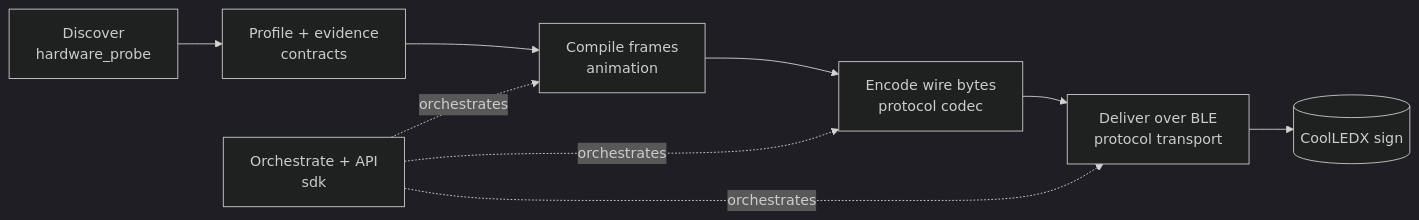
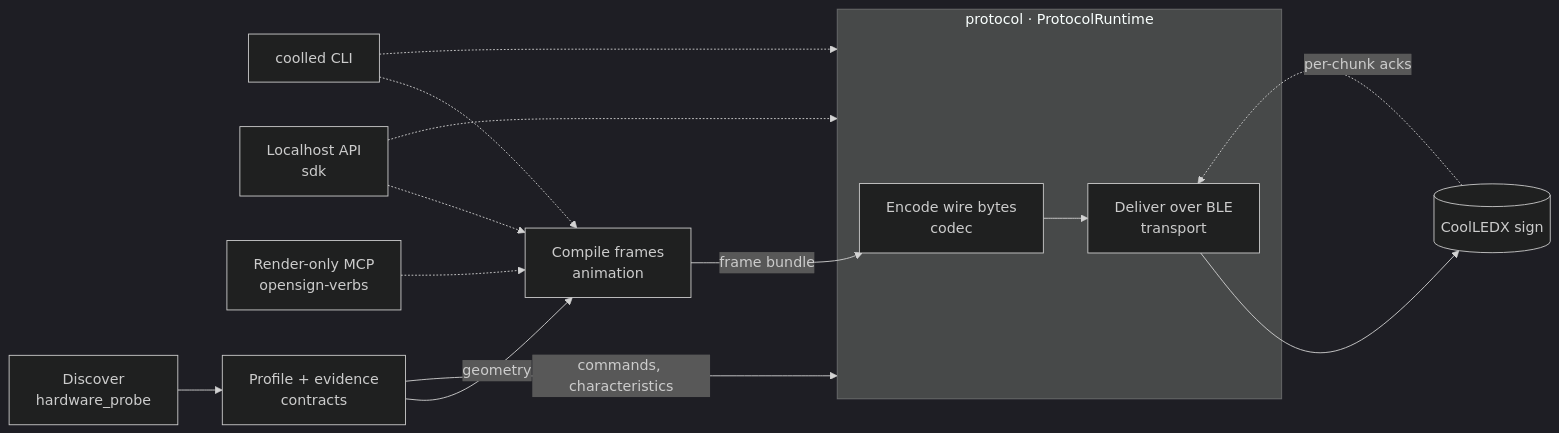
The diagram in README.md (schulzad/coolled-sign-controller), drawn with Mermaid (dark theme) before and after one commit. The commit also changed other lines of this file and 19 other files, not shown here.

````diff
--- a/README.md
+++ b/README.md
@@ -71,15 +97,27 @@
 ```mermaid
 flowchart LR
+  CLI["coolled CLI"]
+  SDK["Localhost API<br/>sdk"]
+  MCP["Render-only MCP<br/>opensign-verbs"]
   HP["Discover<br/>hardware_probe"]
   LG["Profile + evidence<br/>contracts"]
   AN["Compile frames<br/>animation"]
-  CO["Encode wire bytes<br/>protocol codec"]
-  TR["Deliver over BLE<br/>protocol transport"]
-  SDK["Orchestrate + API<br/>sdk"]
+  subgraph PR ["protocol · ProtocolRuntime"]
+    CO["Encode wire bytes<br/>codec"]
+    TR["Deliver over BLE<br/>transport"]
+    CO --> TR
+  end
   SIGN[("CoolLEDX sign")]
 
-  HP --> LG --> AN --> CO --> TR --> SIGN
-  SDK -.orchestrates.-> AN
-  SDK -.orchestrates.-> CO
-  SDK -.orchestrates.-> TR
+  HP --> LG
+  LG -->|geometry| AN
+  LG -->|"commands, characteristics"| PR
+  AN -->|frame bundle| CO
+  TR --> SIGN
+  SIGN -.->|per-chunk acks| TR
+  CLI -.-> AN
+  CLI -.-> PR
+  SDK -.-> AN
+  SDK -.-> PR
+  MCP -.-> AN
 ```
````
